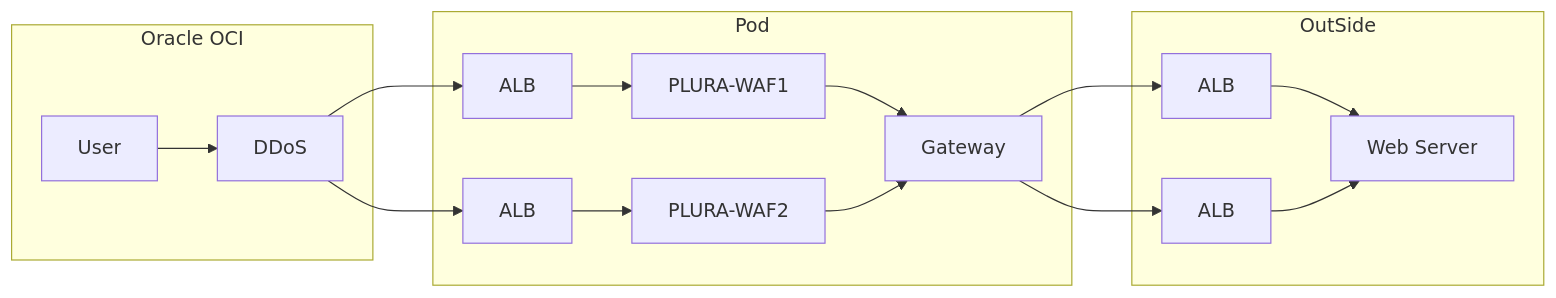
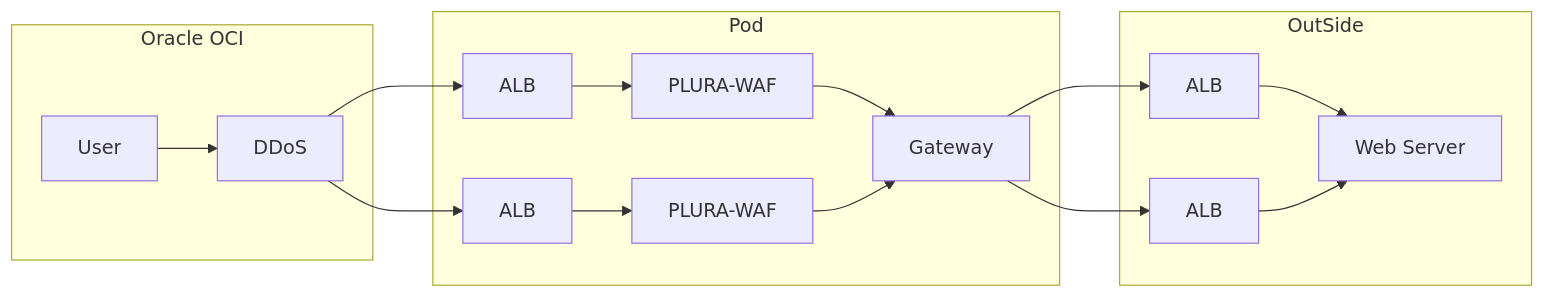
One commit to qubitsec/plura changed the third of 3 diagrams in xdr/ko/diagram/README.md. Above: the diagram before and after it, drawn with Mermaid.

````diff
--- a/xdr/ko/diagram/README.md
+++ b/xdr/ko/diagram/README.md
@@ -71,24 +71,24 @@
 ```mermaid
 flowchart LR
     subgraph Oracle OCI
 		User --> DDoS
     end
 
     subgraph Pod
 		DDoS --> ALB1[ALB]
 		DDoS --> ALB2[ALB]
 
-        ALB1 --> PLURA-WAF1
-        ALB2 --> PLURA-WAF2
+        ALB1 --> PLURA-WAF1[PLURA-WAF]
+        ALB2 --> PLURA-WAF2[PLURA-WAF]
 
 	    PLURA-WAF1 --> Gateway[Gateway]
 		PLURA-WAF2 --> Gateway[Gateway]
     end
 
     subgraph OutSide
 		Gateway --> ALB3[ALB]
 		Gateway --> ALB4[ALB]
 		ALB3 --> WebServer[Web Server]
 		ALB4 --> WebServer[Web Server]
     end 
 ```
````
